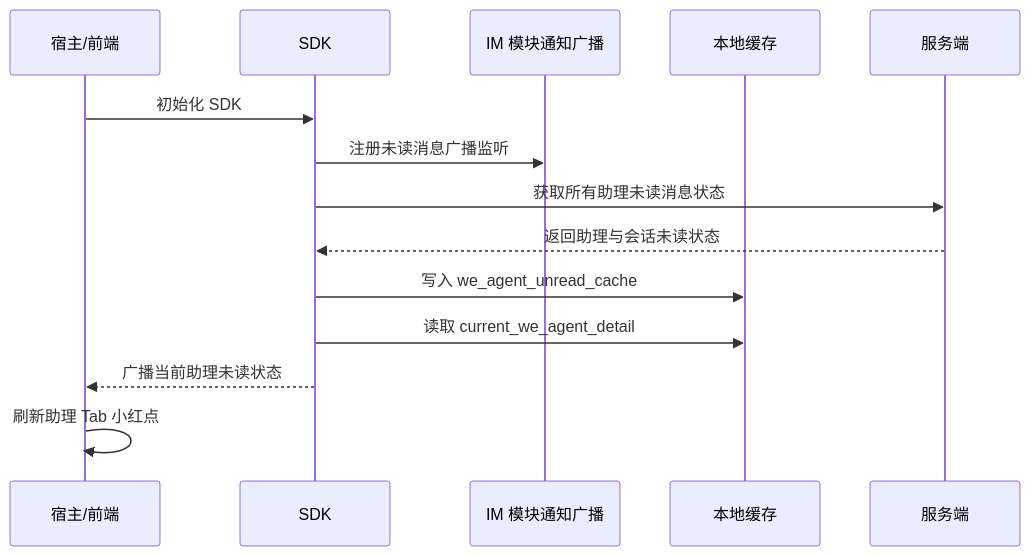
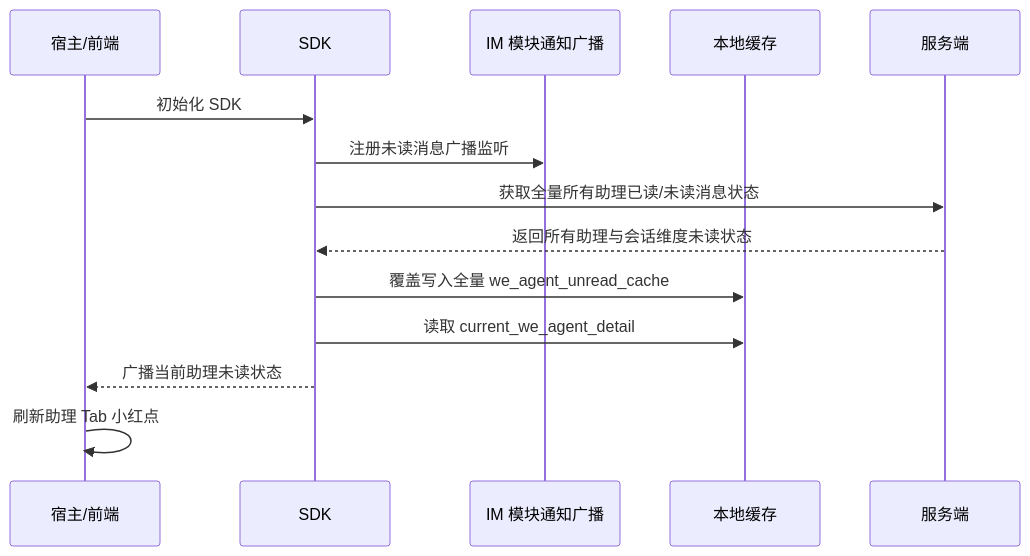
The second of 6 diagrams in 2026-06-11-we-agent-tab-unread-red-dot-plan.md (Abelsjcheng/skillSDK), drawn with Mermaid before and after one commit. The commit also changed other lines of this file and 1 other file, not shown here.

````diff
--- a/2026-06-11-we-agent-tab-unread-red-dot-plan.md
+++ b/2026-06-11-we-agent-tab-unread-red-dot-plan.md
@@ -69,17 +88,17 @@
 ```mermaid
 sequenceDiagram
     participant Host as 宿主/前端
     participant SDK as SDK
     participant IM as IM 模块通知广播
     participant Storage as 本地缓存
     participant Server as 服务端
 
     Host->>SDK: 初始化 SDK
     SDK->>IM: 注册未读消息广播监听
-    SDK->>Server: 获取所有助理未读消息状态
-    Server-->>SDK: 返回助理与会话未读状态
-    SDK->>Storage: 写入 we_agent_unread_cache
+    SDK->>Server: 获取全量所有助理已读/未读消息状态
+    Server-->>SDK: 返回所有助理与会话维度未读状态
+    SDK->>Storage: 覆盖写入全量 we_agent_unread_cache
     SDK->>Storage: 读取 current_we_agent_detail
     SDK-->>Host: 广播当前助理未读状态
     Host->>Host: 刷新助理 Tab 小红点
 ```
````
